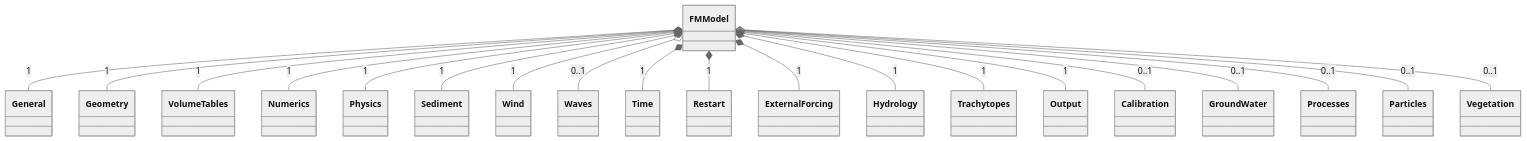
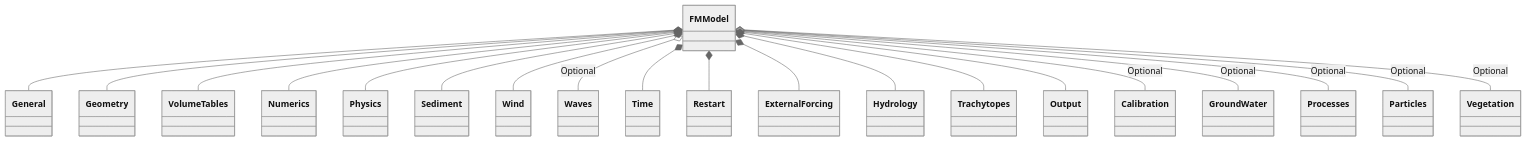
One commit to Deltares/HYDROLIB-core changed the second of 6 diagrams in docs/reference/dflowfm/mdu/fm-model.md. Above: the diagram before and after it, drawn with Mermaid (neutral theme). The commit also changed 2 other files, not shown here.

Commit message:
add fm-model diagrams

````diff
--- a/docs/reference/dflowfm/mdu/fm-model.md
+++ b/docs/reference/dflowfm/mdu/fm-model.md
@@ -98,43 +98,43 @@
 ```mermaid
 classDiagram
     class FMModel
     class General
     class Geometry
     class VolumeTables
     class Numerics
     class Physics
     class Sediment
     class Wind
     class Waves
     class Time
     class Restart
     class ExternalForcing
     class Hydrology
     class Trachytopes
     class Output
     class Calibration
     class GroundWater
     class Processes
     class Particles
     class Vegetation
 
-    FMModel *-- General : 1
-    FMModel *-- Geometry : 1
-    FMModel *-- VolumeTables : 1
-    FMModel *-- Numerics : 1
-    FMModel *-- Physics : 1
-    FMModel *-- Sediment : 1
-    FMModel *-- Wind : 1
-    FMModel o-- Waves : 0..1
-    FMModel *-- Time : 1
-    FMModel *-- Restart : 1
-    FMModel *-- ExternalForcing : 1
-    FMModel *-- Hydrology : 1
-    FMModel *-- Trachytopes : 1
-    FMModel *-- Output : 1
-    FMModel o-- Calibration : 0..1
-    FMModel o-- GroundWater : 0..1
-    FMModel o-- Processes : 0..1
-    FMModel o-- Particles : 0..1
-    FMModel o-- Vegetation : 0..1
+    FMModel *-- General
+    FMModel *-- Geometry
+    FMModel *-- VolumeTables
+    FMModel *-- Numerics
+    FMModel *-- Physics
+    FMModel *-- Sediment
+    FMModel *-- Wind
+    FMModel o-- Waves : Optional
+    FMModel *-- Time
+    FMModel *-- Restart
+    FMModel *-- ExternalForcing
+    FMModel *-- Hydrology
+    FMModel *-- Trachytopes
+    FMModel *-- Output
+    FMModel o-- Calibration : Optional
+    FMModel o-- GroundWater : Optional
+    FMModel o-- Processes : Optional
+    FMModel o-- Particles : Optional
+    FMModel o-- Vegetation : Optional
 ```
````
